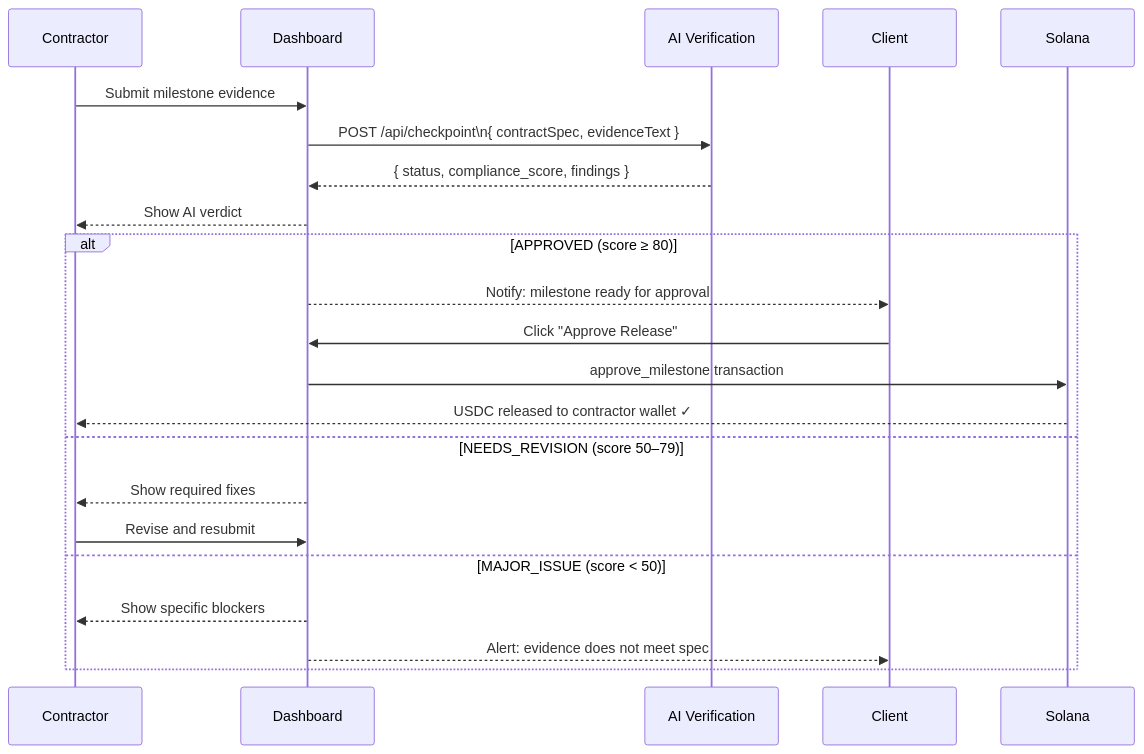
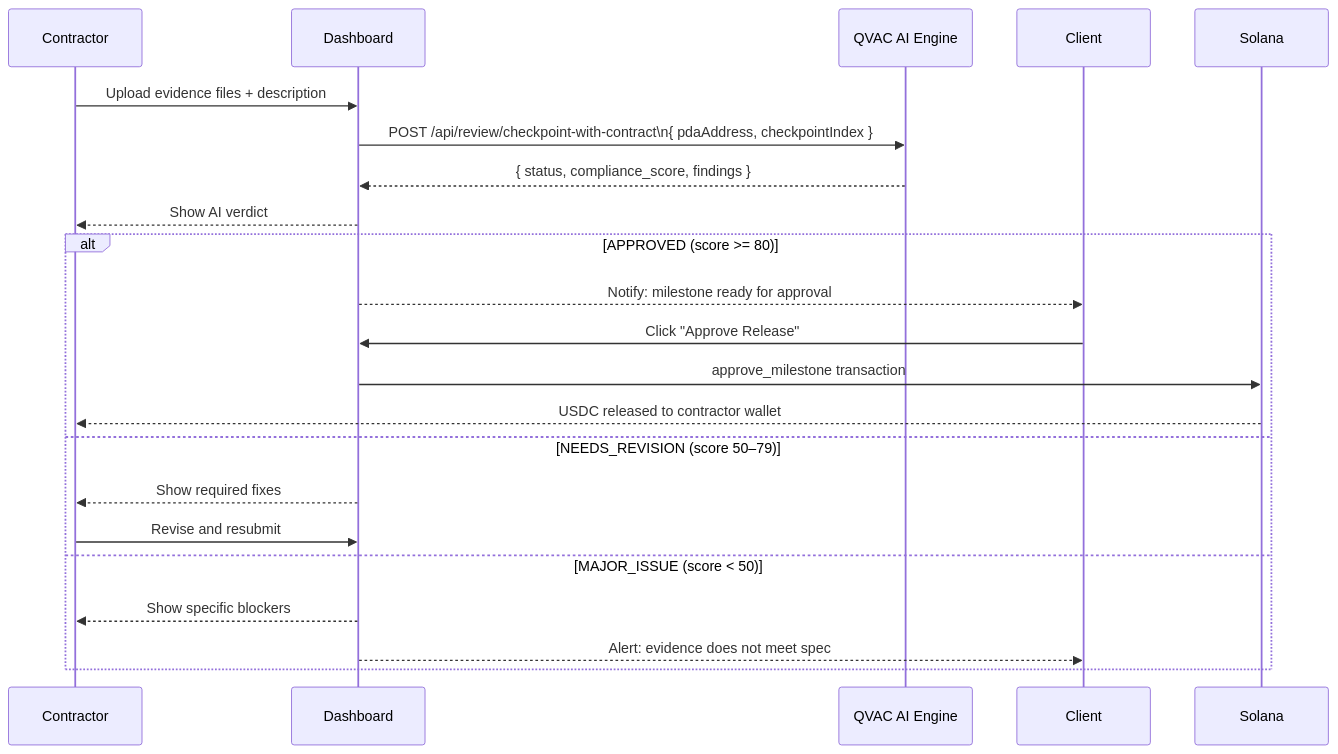
Before and after one commit to ContracGuardAI/frontend: the first of 2 diagrams in docs/features/dashboard.md, drawn with Mermaid. The commit also changed other lines of this file and 40 other files, not shown here.

````diff
--- a/docs/features/dashboard.md
+++ b/docs/features/dashboard.md
@@ -44,26 +38,26 @@
 ```mermaid
 sequenceDiagram
     participant C as Contractor
     participant UI as Dashboard
-    participant AI as AI Verification
+    participant AI as QVAC AI Engine
     participant CL as Client
     participant Sol as Solana
 
-    C->>UI: Submit milestone evidence
-    UI->>AI: POST /api/checkpoint\n{ contractSpec, evidenceText }
+    C->>UI: Upload evidence files + description
+    UI->>AI: POST /api/review/checkpoint-with-contract\n{ pdaAddress, checkpointIndex }
     AI-->>UI: { status, compliance_score, findings }
     UI-->>C: Show AI verdict
 
-    alt APPROVED (score ≥ 80)
+    alt APPROVED (score >= 80)
         UI-->>CL: Notify: milestone ready for approval
         CL->>UI: Click "Approve Release"
         UI->>Sol: approve_milestone transaction
-        Sol-->>C: USDC released to contractor wallet ✓
+        Sol-->>C: USDC released to contractor wallet
     else NEEDS_REVISION (score 50–79)
         UI-->>C: Show required fixes
         C->>UI: Revise and resubmit
     else MAJOR_ISSUE (score < 50)
         UI-->>C: Show specific blockers
         UI-->>CL: Alert: evidence does not meet spec
     end
 ```
````
